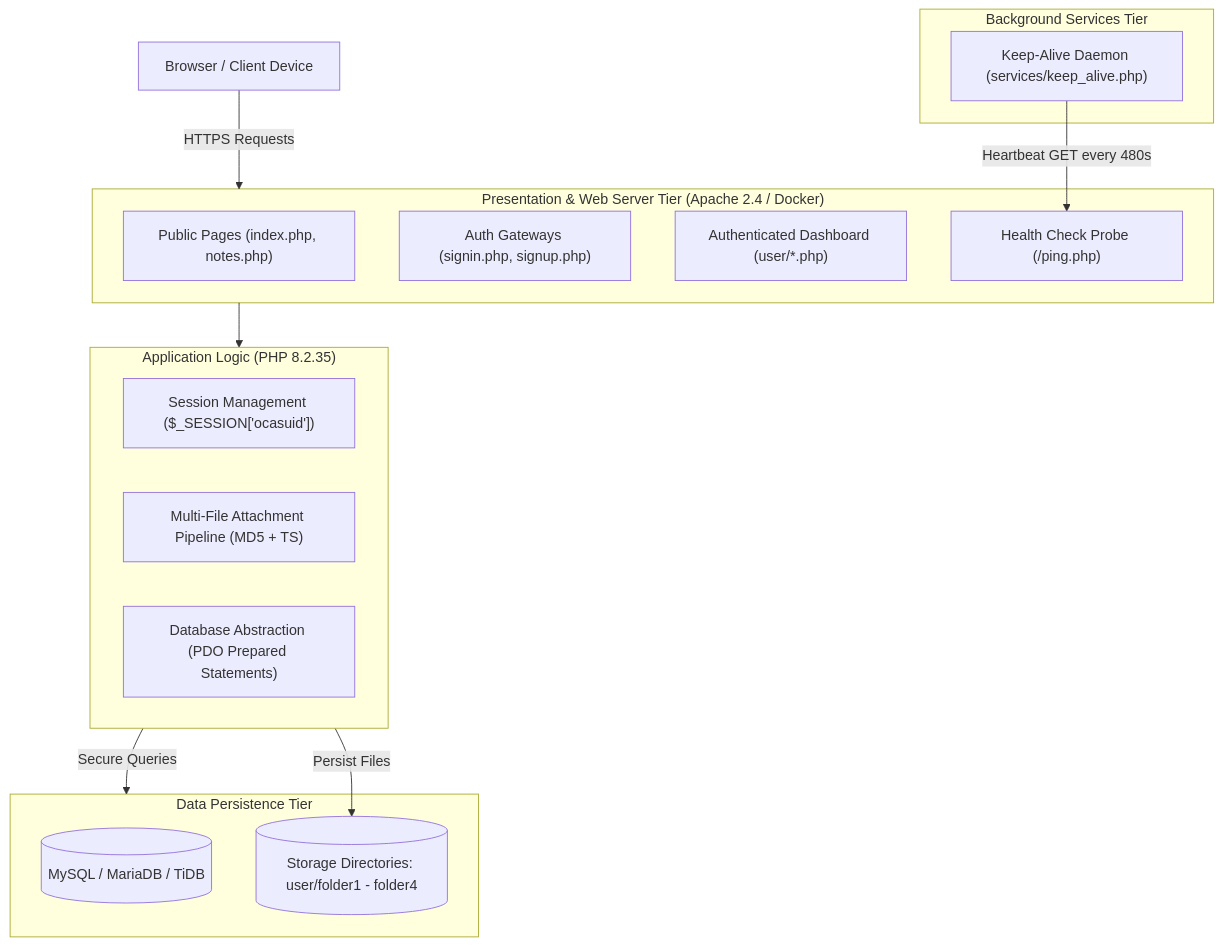
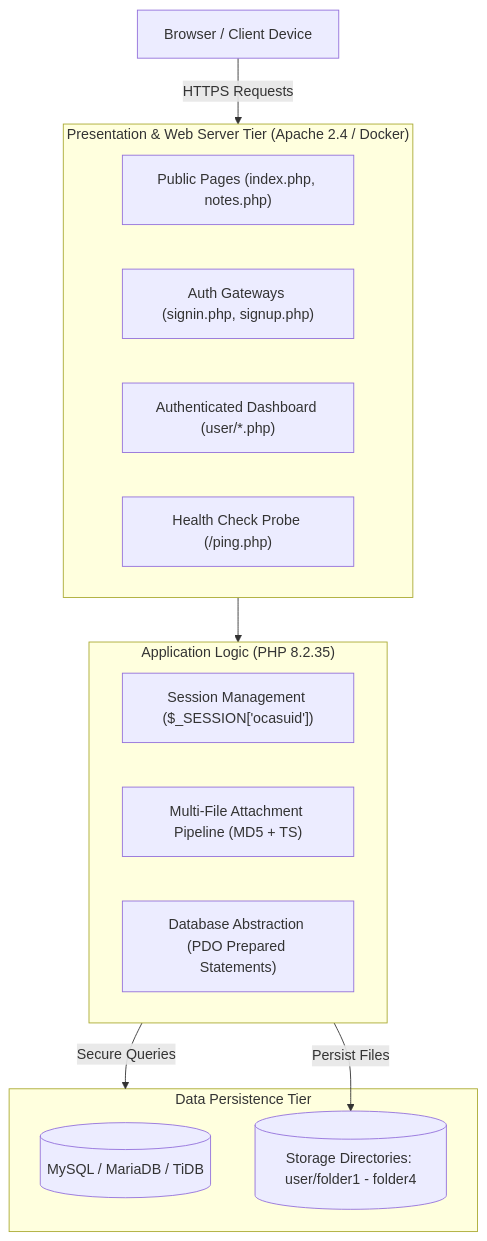
One commit to PurveshShinde/Notes_Management_System changed the first of 4 diagrams in ARCHITECTURE.md. Above: the diagram before and after it, drawn with Mermaid. The commit also changed other lines of this file and 8 other files, not shown here.

Commit message:
chore: permanently decommission keep-alive daemon to conserve Render instance hours

````diff
--- a/ARCHITECTURE.md
+++ b/ARCHITECTURE.md
@@ -11,32 +11,27 @@
 ```mermaid
 flowchart TD
     Client["Browser / Client Device"]
     
     subgraph WebTier["Presentation & Web Server Tier (Apache 2.4 / Docker)"]
         PublicPages["Public Pages (index.php, notes.php)"]
         AuthPages["Auth Gateways (signin.php, signup.php)"]
         UserPortal["Authenticated Dashboard (user/*.php)"]
         HealthEndpoint["Health Check Probe (/ping.php)"]
-    end
-
-    subgraph ServiceTier["Background Services Tier"]
-        KeepAliveDaemon["Keep-Alive Daemon (services/keep_alive.php)"]
     end
 
     subgraph AppTier["Application Logic (PHP 8.2.35)"]
         SessionManager["Session Management ($_SESSION['ocasuid'])"]
         UploadPipeline["Multi-File Attachment Pipeline (MD5 + TS)"]
         DBHandler["Database Abstraction (PDO Prepared Statements)"]
     end
 
     subgraph DataTier["Data Persistence Tier"]
         MySQL[("MySQL / MariaDB / TiDB")]
         UploadStorage[("Storage Directories: user/folder1 - folder4")]
     end
 
     Client -->|HTTPS Requests| WebTier
-    KeepAliveDaemon -->|Heartbeat GET every 480s| HealthEndpoint
     WebTier --> AppTier
     AppTier -->|Secure Queries| DataTier
     AppTier -->|Persist Files| UploadStorage
 ```
````
